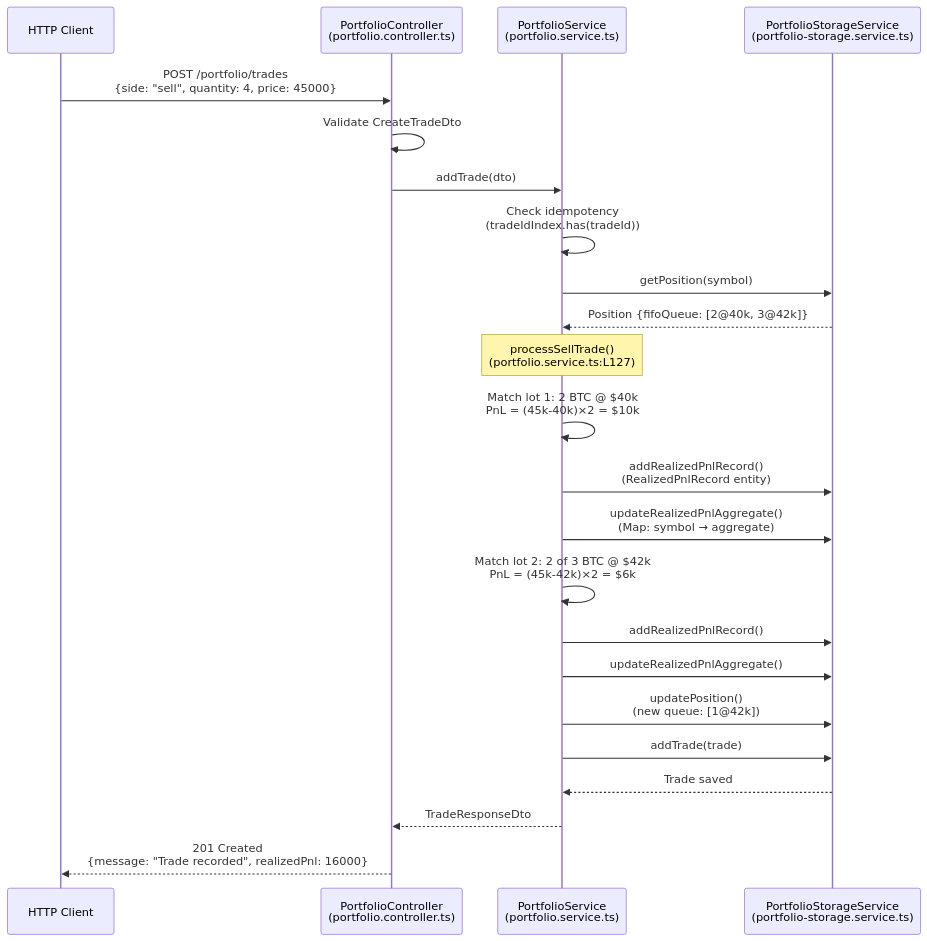
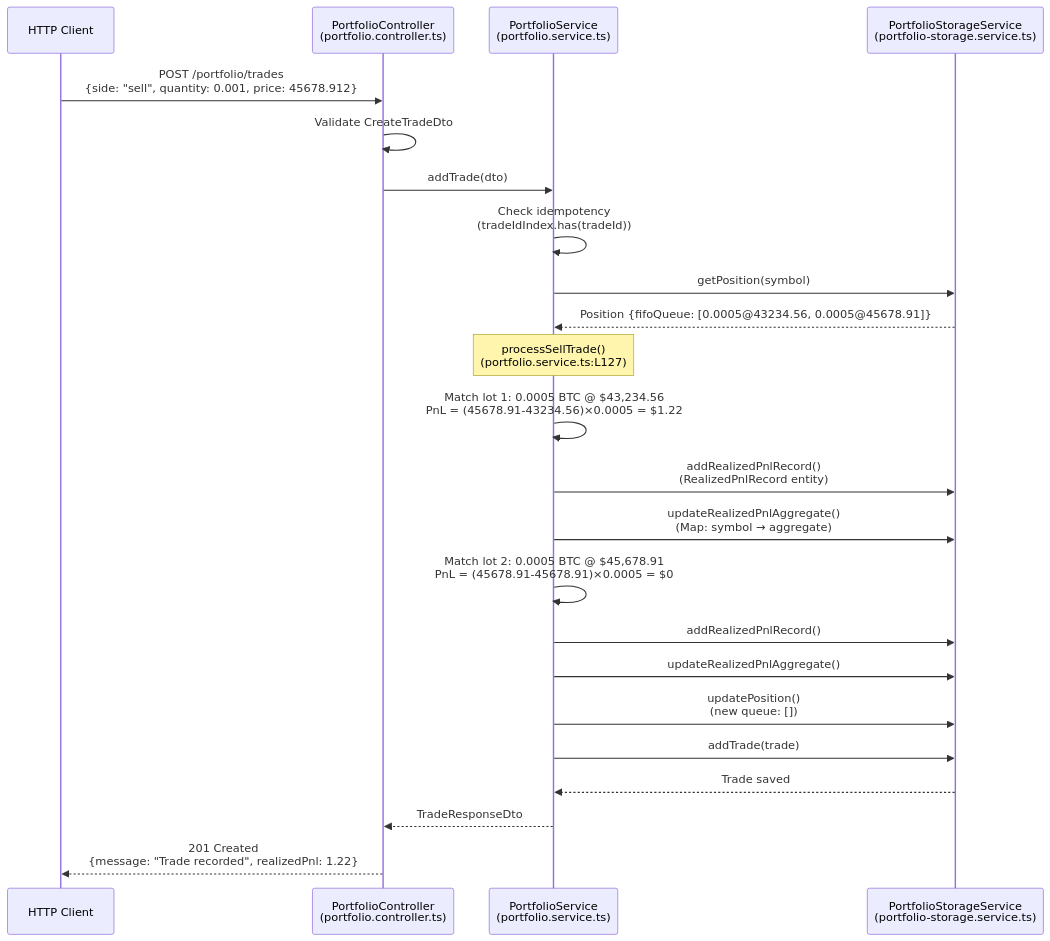
The third of 5 diagrams in README.md (0xkanth/portfolio-position-pnl-tracker), drawn with Mermaid before and after one commit. The commit also changed other lines of this file and 12 other files, not shown here.

````diff
--- a/README.md
+++ b/README.md
@@ -260,32 +226,32 @@
 ```mermaid
 sequenceDiagram
     participant Client as HTTP Client
     participant Controller as PortfolioController<br/>(portfolio.controller.ts)
     participant Service as PortfolioService<br/>(portfolio.service.ts)
     participant Storage as PortfolioStorageService<br/>(portfolio-storage.service.ts)
     
-    Client->>Controller: POST /portfolio/trades<br/>{side: "sell", quantity: 4, price: 45000}
+    Client->>Controller: POST /portfolio/trades<br/>{side: "sell", quantity: 0.001, price: 45678.912}
     Controller->>Controller: Validate CreateTradeDto
     Controller->>Service: addTrade(dto)
     
     Service->>Service: Check idempotency<br/>(tradeIdIndex.has(tradeId))
     Service->>Storage: getPosition(symbol)
-    Storage-->>Service: Position {fifoQueue: [2@40k, 3@42k]}
+    Storage-->>Service: Position {fifoQueue: [0.0005@43234.56, 0.0005@45678.91]}
     
     Note over Service: processSellTrade()<br/>(portfolio.service.ts:L127)
     
-    Service->>Service: Match lot 1: 2 BTC @ $40k<br/>PnL = (45k-40k)×2 = $10k
+    Service->>Service: Match lot 1: 0.0005 BTC @ $43,234.56<br/>PnL = (45678.91-43234.56)×0.0005 = $1.22
     Service->>Storage: addRealizedPnlRecord()<br/>(RealizedPnlRecord entity)
     Service->>Storage: updateRealizedPnlAggregate()<br/>(Map: symbol → aggregate)
     
-    Service->>Service: Match lot 2: 2 of 3 BTC @ $42k<br/>PnL = (45k-42k)×2 = $6k
+    Service->>Service: Match lot 2: 0.0005 BTC @ $45,678.91<br/>PnL = (45678.91-45678.91)×0.0005 = $0
     Service->>Storage: addRealizedPnlRecord()
     Service->>Storage: updateRealizedPnlAggregate()
     
-    Service->>Storage: updatePosition()<br/>(new queue: [1@42k])
+    Service->>Storage: updatePosition()<br/>(new queue: [])
     Service->>Storage: addTrade(trade)
     
     Storage-->>Service: Trade saved
     Service-->>Controller: TradeResponseDto
-    Controller-->>Client: 201 Created<br/>{message: "Trade recorded", realizedPnl: 16000}
+    Controller-->>Client: 201 Created<br/>{message: "Trade recorded", realizedPnl: 1.22}
 ```
````
